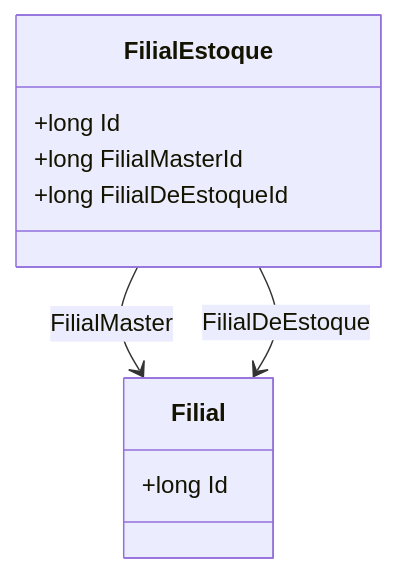
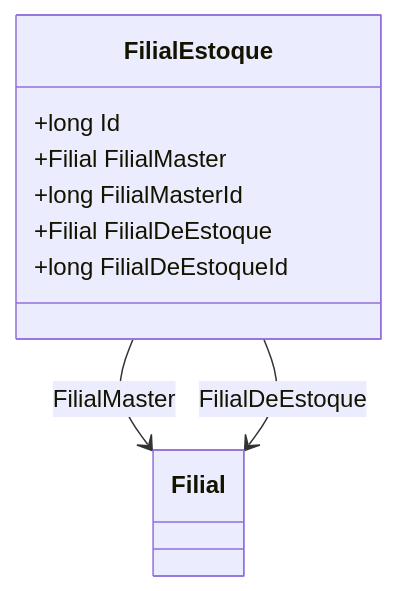
One commit to IsthmusSistemas/documentacao-tecnica changed the diagram in docs/b2b-dominio/IsthmusWinthor.Nucleo/IsthmusWinthor.Dominio/Entidades/FilialEstoque.md. Above: the diagram before and after it, drawn with Mermaid. The commit also changed other lines of this file and 882 other files, not shown here.

````diff
--- a/docs/b2b-dominio/IsthmusWinthor.Nucleo/IsthmusWinthor.Dominio/Entidades/FilialEstoque.md
+++ b/docs/b2b-dominio/IsthmusWinthor.Nucleo/IsthmusWinthor.Dominio/Entidades/FilialEstoque.md
@@ -19,13 +22,16 @@
 ```mermaid
 classDiagram
     class FilialEstoque {
         +long Id
+        +Filial FilialMaster
         +long FilialMasterId
+        +Filial FilialDeEstoque
         +long FilialDeEstoqueId
     }
+
     class Filial {
-        +long Id
     }
+
     FilialEstoque --> Filial : FilialMaster
     FilialEstoque --> Filial : FilialDeEstoque
-```
+```  
````
